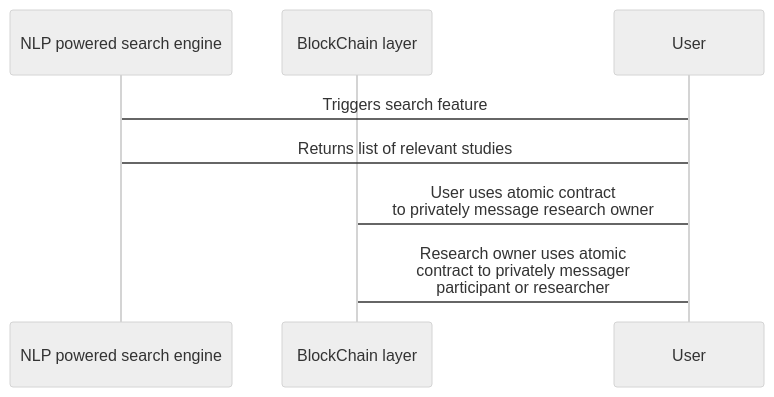
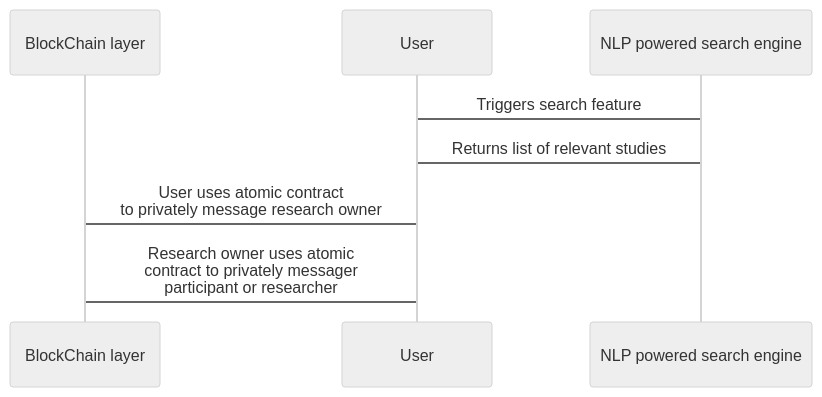
One commit to AI-and-Blockchain/S22_StudyBlock changed the second of 2 diagrams in README.md. Above: the diagram before and after it, drawn with Mermaid (neutral theme). The commit also changed other lines of this file, not shown here.

````diff
--- a/README.md
+++ b/README.md
@@ -32,12 +32,10 @@
 ```mermaid
 sequenceDiagram;
-    Participant A as NLP powered search engine
     Participant B as BlockChain layer
     Participant C as User
+    Participant A as NLP powered search engine
     C -> A: Triggers search feature
     A -> C: Returns list of relevant studies
     C -> B: User uses atomic contract <br> to privately message research owner
-    C -> B: Research owner uses atomic <br> contract to privately messager <br> participant or researcher
-   
-    
+    C -> B: Research owner uses atomic <br> contract to privately messager <br> participant or researcher 
 ```
````
